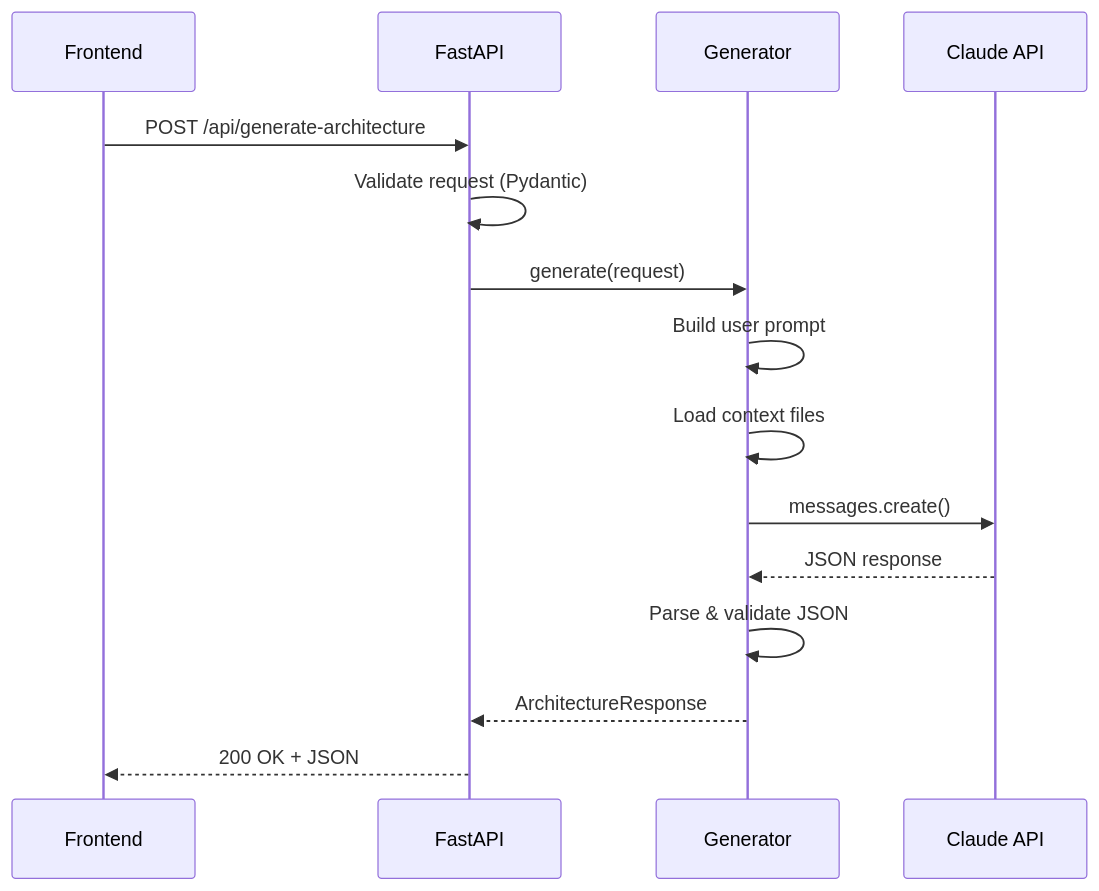
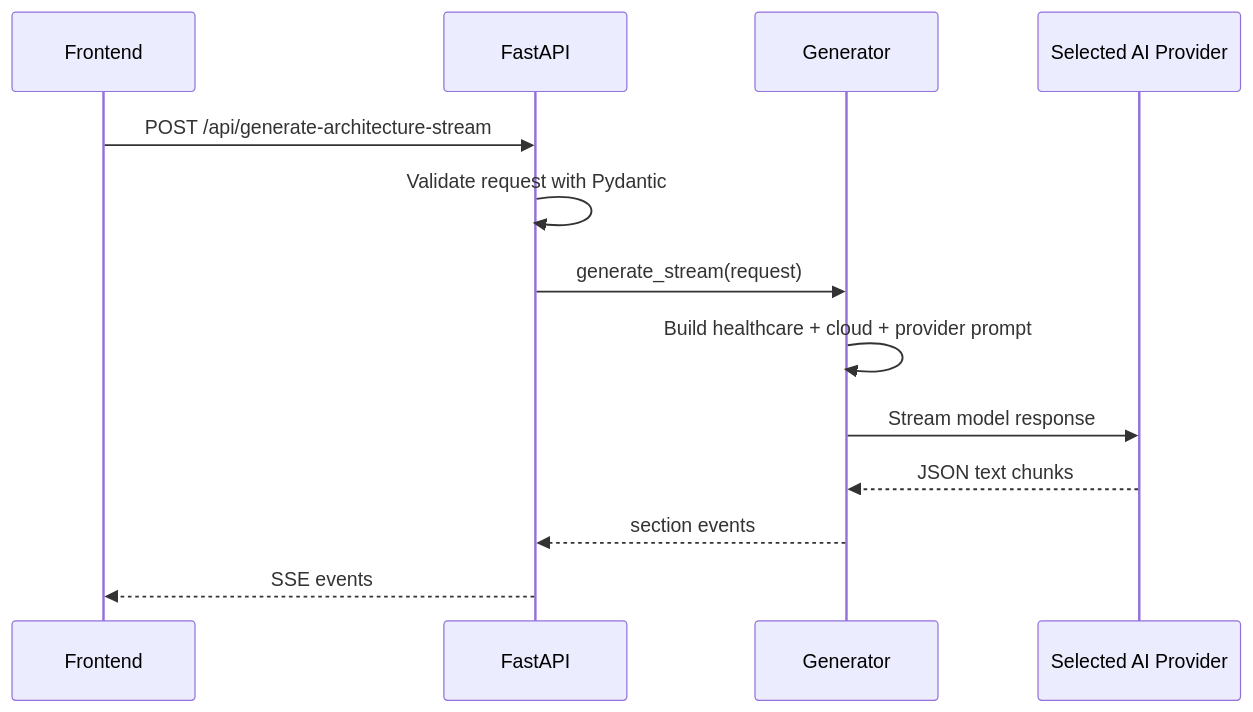
One commit to egaile/claude-gsi changed the second of 2 diagrams in docs/ARCHITECTURE.md. Above: the diagram before and after it, drawn with Mermaid. The commit also changed other lines of this file and 29 other files, not shown here.

````diff
--- a/docs/ARCHITECTURE.md
+++ b/docs/ARCHITECTURE.md
@@ -158,18 +110,16 @@
 ```mermaid
 sequenceDiagram
     participant FE as Frontend
     participant API as FastAPI
     participant GEN as Generator
-    participant CLAUDE as Claude API
+    participant AI as Selected AI Provider
 
-    FE->>API: POST /api/generate-architecture
-    API->>API: Validate request (Pydantic)
-    API->>GEN: generate(request)
-    GEN->>GEN: Build user prompt
-    GEN->>GEN: Load context files
-    GEN->>CLAUDE: messages.create()
-    CLAUDE-->>GEN: JSON response
-    GEN->>GEN: Parse & validate JSON
-    GEN-->>API: ArchitectureResponse
-    API-->>FE: 200 OK + JSON
+    FE->>API: POST /api/generate-architecture-stream
+    API->>API: Validate request with Pydantic
+    API->>GEN: generate_stream(request)
+    GEN->>GEN: Build healthcare + cloud + provider prompt
+    GEN->>AI: Stream model response
+    AI-->>GEN: JSON text chunks
+    GEN-->>API: section events
+    API-->>FE: SSE events
 ```
````
